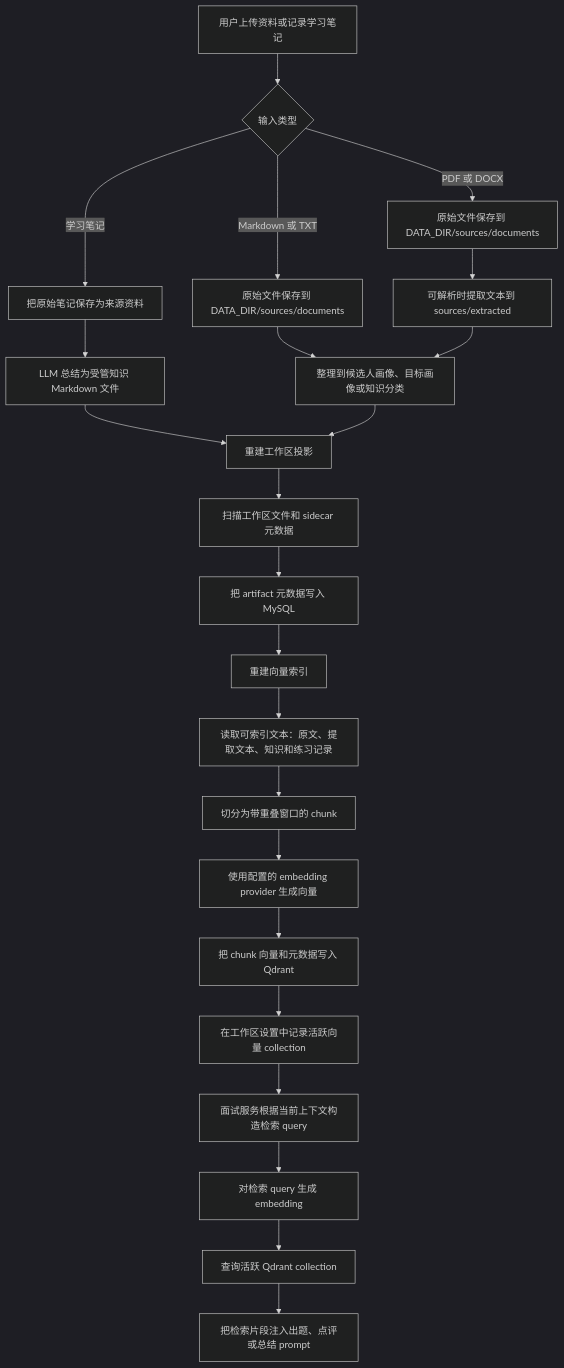
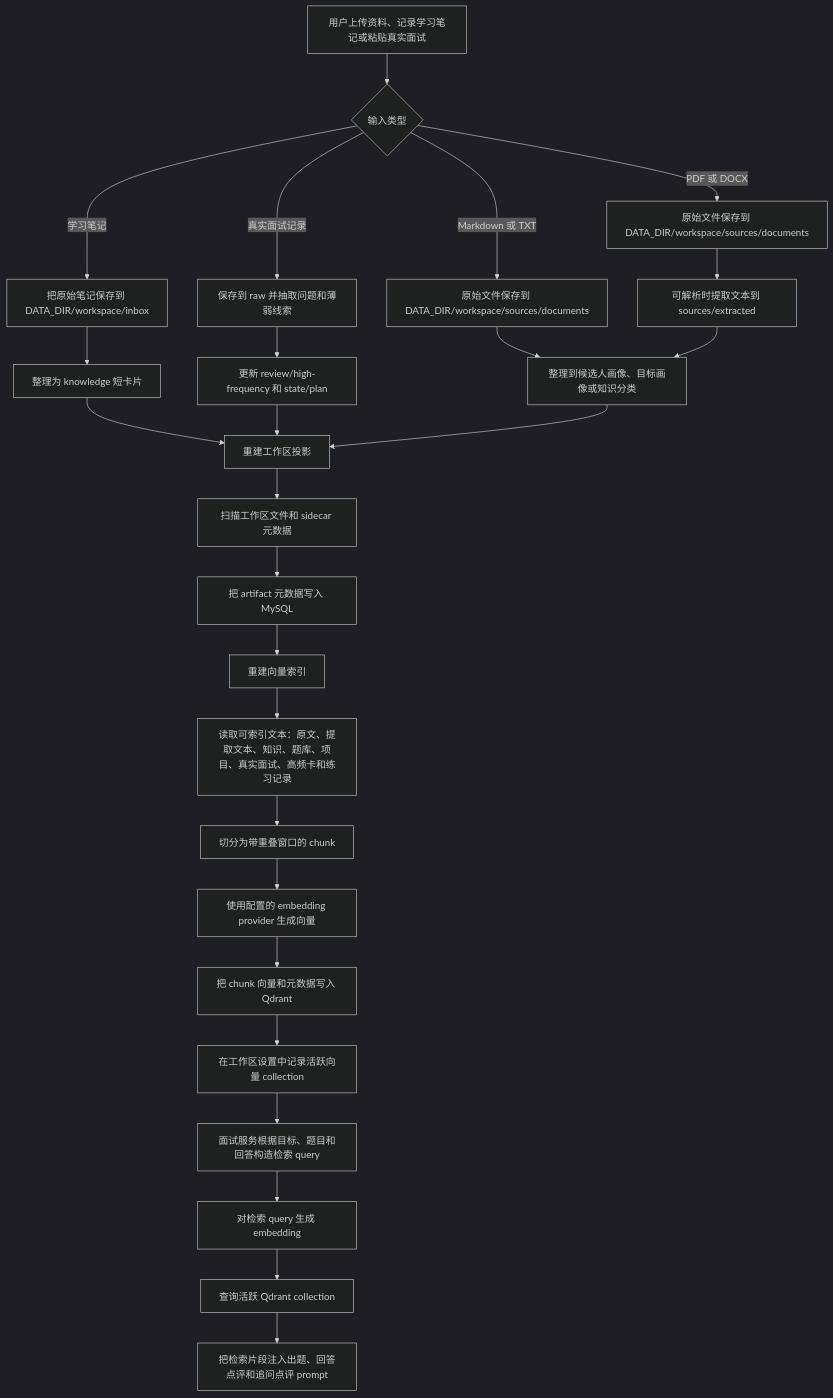
The diagram in docs/knowledge-data-flow.md (wxcfox/auto-reign), drawn with Mermaid (dark theme) before and after one commit. The commit also changed other lines of this file and 38 other files, not shown here.

````diff
--- a/docs/knowledge-data-flow.md
+++ b/docs/knowledge-data-flow.md
@@ -5,25 +5,28 @@
 ```mermaid
 flowchart TD
-  A["用户上传资料或记录学习笔记"] --> B{"输入类型"}
-  B -->|Markdown 或 TXT| C["原始文件保存到 DATA_DIR/sources/documents"]
-  B -->|PDF 或 DOCX| D["原始文件保存到 DATA_DIR/sources/documents"]
+  A["用户上传资料、记录学习笔记或粘贴真实面试"] --> B{"输入类型"}
+  B -->|Markdown 或 TXT| C["原始文件保存到 DATA_DIR/workspace/sources/documents"]
+  B -->|PDF 或 DOCX| D["原始文件保存到 DATA_DIR/workspace/sources/documents"]
   D --> E["可解析时提取文本到 sources/extracted"]
-  B -->|学习笔记| F["把原始笔记保存为来源资料"]
-  F --> G["LLM 总结为受管知识 Markdown 文件"]
+  B -->|学习笔记| F["把原始笔记保存到 DATA_DIR/workspace/inbox"]
+  B -->|真实面试记录| V["保存到 raw 并抽取问题和薄弱线索"]
+  F --> G["整理为 knowledge 短卡片"]
+  V --> W["更新 review/high-frequency 和 state/plan"]
   C --> H["整理到候选人画像、目标画像或知识分类"]
   E --> H
   G --> I["重建工作区投影"]
+  W --> I
   H --> I
   I --> J["扫描工作区文件和 sidecar 元数据"]
   J --> K["把 artifact 元数据写入 MySQL"]
   K --> L["重建向量索引"]
-  L --> M["读取可索引文本：原文、提取文本、知识和练习记录"]
+  L --> M["读取可索引文本：原文、提取文本、知识、题库、项目、真实面试、高频卡和练习记录"]
   M --> N["切分为带重叠窗口的 chunk"]
   N --> O["使用配置的 embedding provider 生成向量"]
   O --> P["把 chunk 向量和元数据写入 Qdrant"]
   P --> Q["在工作区设置中记录活跃向量 collection"]
-  Q --> R["面试服务根据当前上下文构造检索 query"]
+  Q --> R["面试服务根据目标、题目和回答构造检索 query"]
   R --> S["对检索 query 生成 embedding"]
   S --> T["查询活跃 Qdrant collection"]
-  T --> U["把检索片段注入出题、点评或总结 prompt"]
+  T --> U["把检索片段注入出题、回答点评和追问点评 prompt"]
 ```
````
